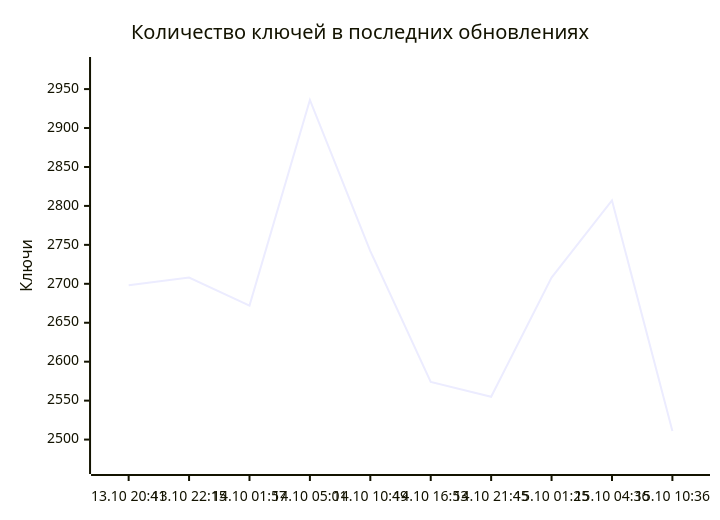
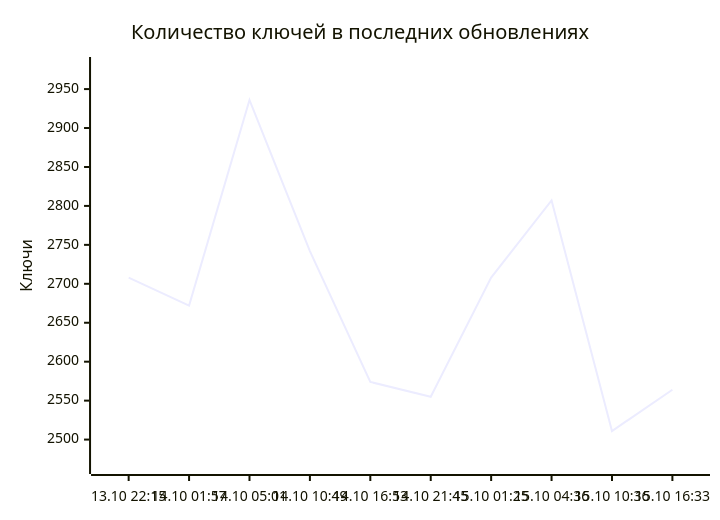
One commit to markKikhtenko/WireVeil changed the diagram in README.md. Above: the diagram before and after it, drawn with Mermaid. The commit also changed other lines of this file and 12 other files, not shown here.

````diff
--- a/README.md
+++ b/README.md
@@ -55,7 +55,7 @@
 ```mermaid
 xychart-beta
     title "Количество ключей в последних обновлениях"
-    x-axis ["13.10 20:41", "13.10 22:15", "14.10 01:57", "14.10 05:01", "14.10 10:49", "14.10 16:53", "14.10 21:45", "15.10 01:25", "15.10 04:36", "15.10 10:36"]
+    x-axis ["13.10 22:15", "14.10 01:57", "14.10 05:01", "14.10 10:49", "14.10 16:53", "14.10 21:45", "15.10 01:25", "15.10 04:36", "15.10 10:36", "15.10 16:33"]
     y-axis "Ключи" 2468 --> 2979
-    line [2698, 2708, 2672, 2936, 2742, 2574, 2555, 2708, 2807, 2511]
+    line [2708, 2672, 2936, 2742, 2574, 2555, 2708, 2807, 2511, 2564]
 ```
````
